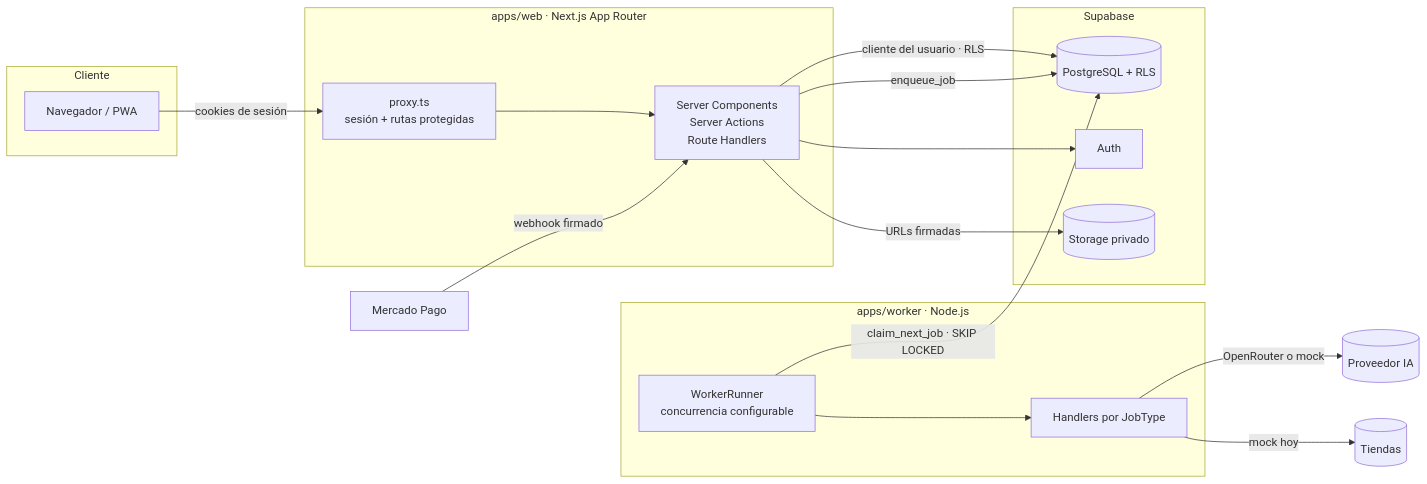
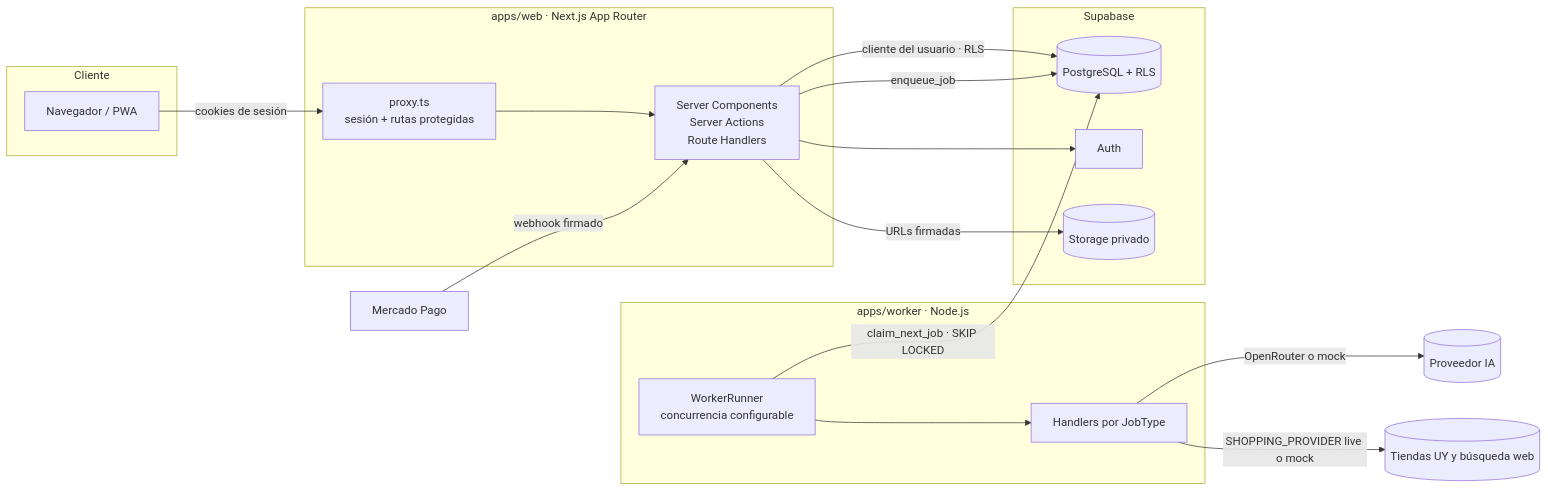
The diagram in docs/ARCHITECTURE.md (PolCarva/asesor_estetico), drawn with Mermaid before and after one commit. The commit also changed other lines of this file and 39 other files, not shown here.

First line of the commit message:
feat(asesoria-shopping): paso 03 — queries desde el LookSpec y búsqueda real

````diff
--- a/docs/ARCHITECTURE.md
+++ b/docs/ARCHITECTURE.md
@@ -7,29 +7,29 @@
 ```mermaid
 flowchart LR
   subgraph Cliente
     B[Navegador / PWA]
   end
   subgraph Web["apps/web · Next.js App Router"]
     P[proxy.ts<br/>sesión + rutas protegidas]
     RSC[Server Components<br/>Server Actions<br/>Route Handlers]
   end
   subgraph Worker["apps/worker · Node.js"]
     R[WorkerRunner<br/>concurrencia configurable]
     H[Handlers por JobType]
   end
   subgraph Supabase
     PG[(PostgreSQL + RLS)]
     AU[Auth]
     ST[(Storage privado)]
   end
   B -->|cookies de sesión| P --> RSC
   RSC -->|cliente del usuario · RLS| PG
   RSC --> AU
   RSC -->|URLs firmadas| ST
   RSC -->|enqueue_job| PG
   R -->|claim_next_job · SKIP LOCKED| PG
   R --> H
   H -->|OpenRouter o mock| AI[(Proveedor IA)]
-  H -->|mock hoy| SH[(Tiendas)]
+  H -->|SHOPPING_PROVIDER live o mock| SH[(Tiendas UY y búsqueda web)]
   MP[Mercado Pago] -->|webhook firmado| RSC
 ```
````
